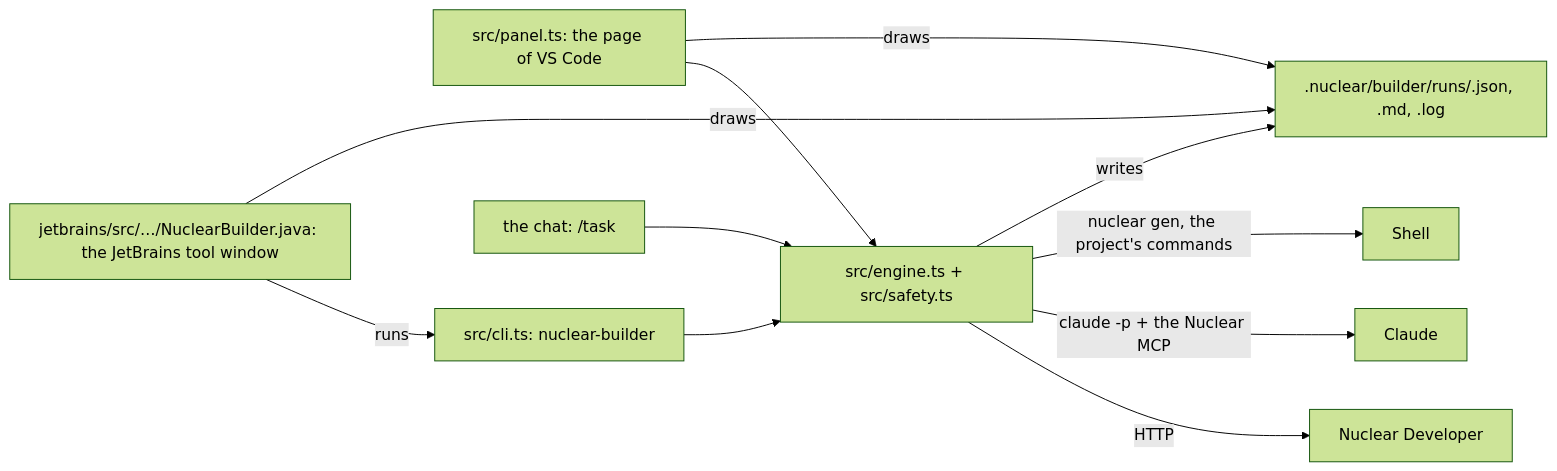
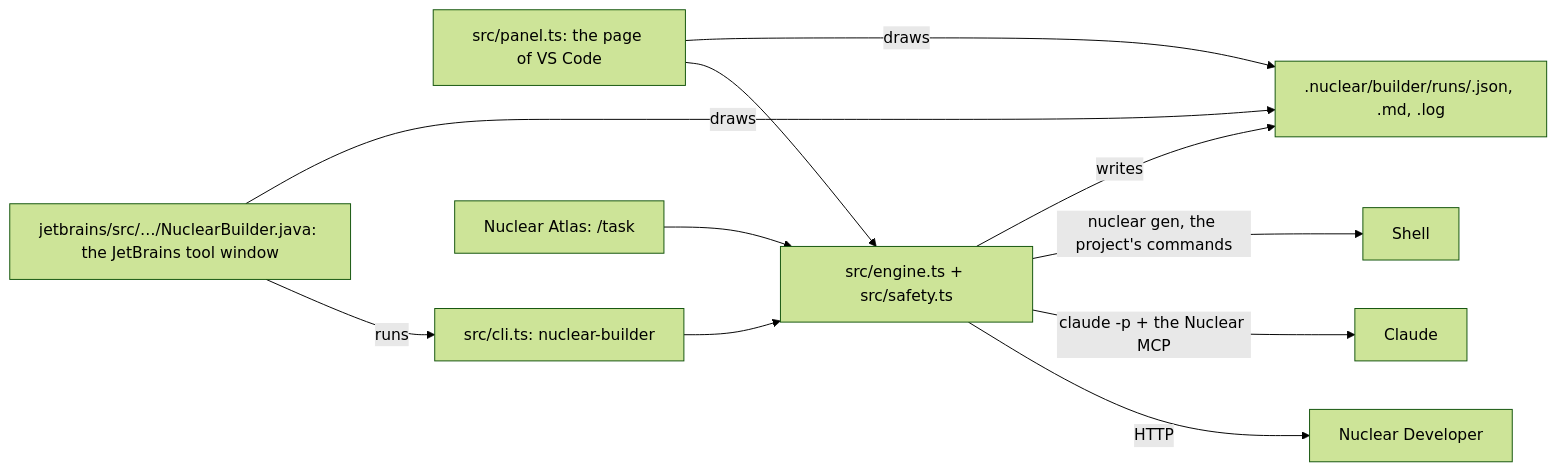
The diagram in extensions/tools/nuclear-builder/docs/02-architecture/overview.md (nuclearlang/lang), drawn with Mermaid (forest theme) before and after one commit. The commit also changed other lines of this file and 207 other files, not shown here.

First line of the commit message:
The landing sells the ecosystem; every project has its README; HTTP Connections and Nuclear Atlas

````diff
--- a/extensions/tools/nuclear-builder/docs/02-architecture/overview.md
+++ b/extensions/tools/nuclear-builder/docs/02-architecture/overview.md
@@ -9,13 +9,13 @@
 ```mermaid
 flowchart LR
   page[src/panel.ts: the page of VS Code] --> engine[src/engine.ts + src/safety.ts]
   cli[src/cli.ts: nuclear-builder] --> engine
   jb[jetbrains/src/…/NuclearBuilder.java: the JetBrains tool window] -- runs --> cli
-  chat[the chat: /task] --> engine
+  chat[Nuclear Atlas: /task] --> engine
   engine -- HTTP --> dev[Nuclear Developer]
   engine -- "claude -p + the Nuclear MCP" --> claude[Claude]
   engine -- "nuclear gen, the project's commands" --> shell[Shell]
   engine -- writes --> run[".nuclear/builder/runs/<id>.json, .md, .log"]
   page -- draws --> run
   jb -- draws --> run
 ```
````
